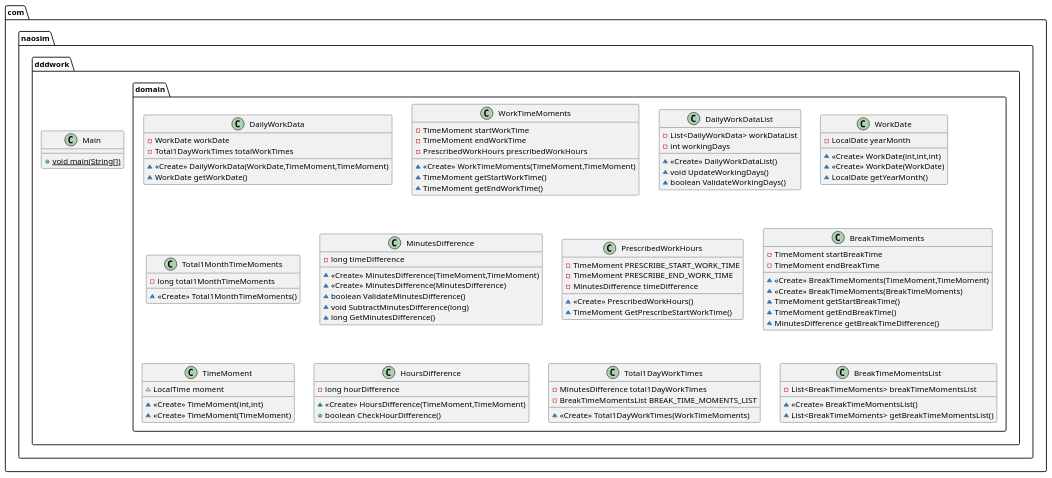
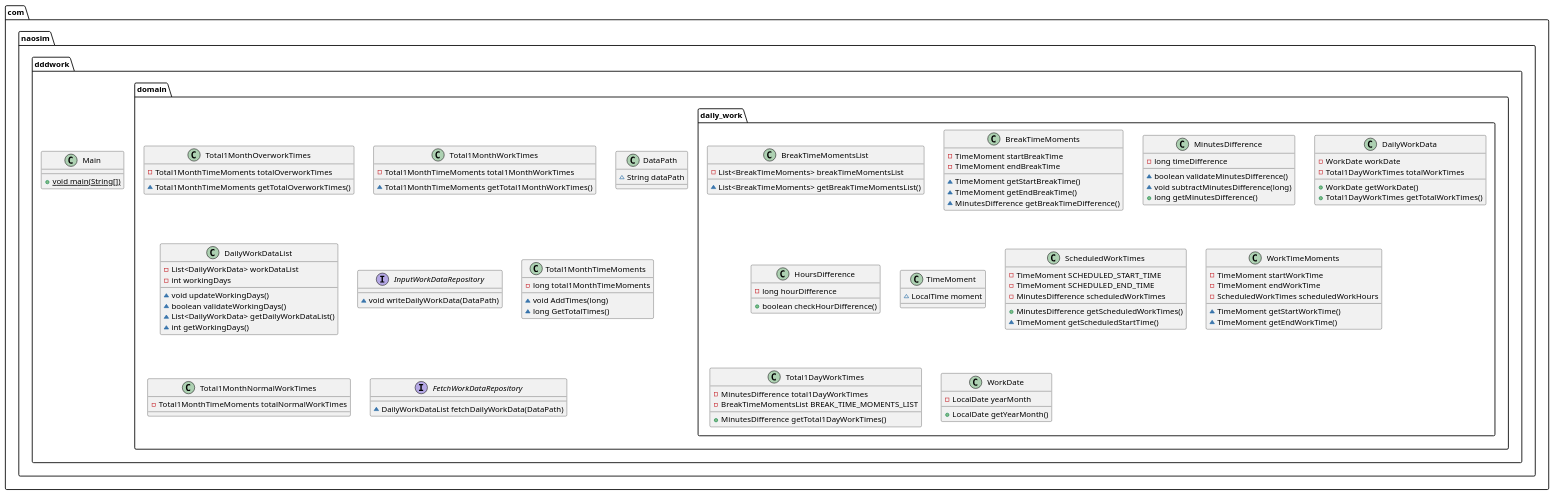
One commit to biglobe-isp/kintai changed the diagram in DomainModel.puml. Above: the diagram before and after it, drawn with PlantUML. The commit also changed 22 other files, not shown here.

```diff
--- a/DomainModel.puml
+++ b/DomainModel.puml
@@ -1,105 +1,123 @@
 @startuml
-class com.naosim.dddwork.domain.DailyWorkData {
-- WorkDate workDate
-- Total1DayWorkTimes totalWorkTimes
-~ <<Create>> DailyWorkData(WorkDate,TimeMoment,TimeMoment)
-~ WorkDate getWorkDate()
+class com.naosim.dddwork.domain.daily_work.BreakTimeMomentsList {
+- List<BreakTimeMoments> breakTimeMomentsList
+~ List<BreakTimeMoments> getBreakTimeMomentsList()
 }
 
 
-class com.naosim.dddwork.domain.WorkTimeMoments {
-- TimeMoment startWorkTime
-- TimeMoment endWorkTime
-- PrescribedWorkHours prescribedWorkHours
-~ <<Create>> WorkTimeMoments(TimeMoment,TimeMoment)
-~ TimeMoment getStartWorkTime()
-~ TimeMoment getEndWorkTime()
+class com.naosim.dddwork.domain.daily_work.BreakTimeMoments {
+- TimeMoment startBreakTime
+- TimeMoment endBreakTime
+~ TimeMoment getStartBreakTime()
+~ TimeMoment getEndBreakTime()
+~ MinutesDifference getBreakTimeDifference()
+}
+
+
+class com.naosim.dddwork.domain.Total1MonthOverworkTimes {
+- Total1MonthTimeMoments totalOverworkTimes
+~ Total1MonthTimeMoments getTotalOverworkTimes()
+}
+
+
+class com.naosim.dddwork.domain.Total1MonthWorkTimes {
+- Total1MonthTimeMoments total1MonthWorkTimes
+~ Total1MonthTimeMoments getTotal1MonthWorkTimes()
+}
+
+
+class com.naosim.dddwork.domain.daily_work.MinutesDifference {
+- long timeDifference
+~ boolean validateMinutesDifference()
+~ void subtractMinutesDifference(long)
++ long getMinutesDifference()
+}
+
+
+class com.naosim.dddwork.domain.DataPath {
+~ String dataPath
+}
+
+class com.naosim.dddwork.domain.daily_work.DailyWorkData {
+- WorkDate workDate
+- Total1DayWorkTimes totalWorkTimes
++ WorkDate getWorkDate()
++ Total1DayWorkTimes getTotalWorkTimes()
 }
 
 
 class com.naosim.dddwork.domain.DailyWorkDataList {
 - List<DailyWorkData> workDataList
 - int workingDays
-~ <<Create>> DailyWorkDataList()
-~ void UpdateWorkingDays()
-~ boolean ValidateWorkingDays()
+~ void updateWorkingDays()
+~ boolean validateWorkingDays()
+~ List<DailyWorkData> getDailyWorkDataList()
+~ int getWorkingDays()
 }
 
 
-class com.naosim.dddwork.domain.WorkDate {
-- LocalDate yearMonth
-~ <<Create>> WorkDate(int,int,int)
-~ <<Create>> WorkDate(WorkDate)
-~ LocalDate getYearMonth()
+interface com.naosim.dddwork.domain.InputWorkDataRepository {
+~ void writeDailyWorkData(DataPath)
+}
+
+class com.naosim.dddwork.domain.daily_work.HoursDifference {
+- long hourDifference
++ boolean checkHourDifference()
 }
 
 
 class com.naosim.dddwork.domain.Total1MonthTimeMoments {
 - long total1MonthTimeMoments
-~ <<Create>> Total1MonthTimeMoments()
+~ void AddTimes(long)
+~ long GetTotalTimes()
+}
+
+
+class com.naosim.dddwork.domain.daily_work.TimeMoment {
+~ LocalTime moment
+}
+
+class com.naosim.dddwork.domain.Total1MonthNormalWorkTimes {
+- Total1MonthTimeMoments totalNormalWorkTimes
+}
+
+class com.naosim.dddwork.domain.daily_work.ScheduledWorkTimes {
+- TimeMoment SCHEDULED_START_TIME
+- TimeMoment SCHEDULED_END_TIME
+- MinutesDifference scheduledWorkTimes
++ MinutesDifference getScheduledWorkTimes()
+~ TimeMoment getScheduledStartTime()
 }
 
 
 class com.naosim.dddwork.Main {
 + {static} void main(String[])
 }
 
-class com.naosim.dddwork.domain.MinutesDifference {
-- long timeDifference
-~ <<Create>> MinutesDifference(TimeMoment,TimeMoment)
-~ <<Create>> MinutesDifference(MinutesDifference)
-~ boolean ValidateMinutesDifference()
-~ void SubtractMinutesDifference(long)
-~ long GetMinutesDifference()
+class com.naosim.dddwork.domain.daily_work.WorkTimeMoments {
+- TimeMoment startWorkTime
+- TimeMoment endWorkTime
+- ScheduledWorkTimes scheduledWorkHours
+~ TimeMoment getStartWorkTime()
+~ TimeMoment getEndWorkTime()
 }
 
 
-class com.naosim.dddwork.domain.PrescribedWorkHours {
-- TimeMoment PRESCRIBE_START_WORK_TIME
-- TimeMoment PRESCRIBE_END_WORK_TIME
-- MinutesDifference timeDifference
-~ <<Create>> PrescribedWorkHours()
-~ TimeMoment GetPrescribeStartWorkTime()
+class com.naosim.dddwork.domain.daily_work.Total1DayWorkTimes {
+- MinutesDifference total1DayWorkTimes
+- BreakTimeMomentsList BREAK_TIME_MOMENTS_LIST
++ MinutesDifference getTotal1DayWorkTimes()
 }
 
 
-class com.naosim.dddwork.domain.BreakTimeMoments {
-- TimeMoment startBreakTime
-- TimeMoment endBreakTime
-~ <<Create>> BreakTimeMoments(TimeMoment,TimeMoment)
-~ <<Create>> BreakTimeMoments(BreakTimeMoments)
-~ TimeMoment getStartBreakTime()
-~ TimeMoment getEndBreakTime()
-~ MinutesDifference getBreakTimeDifference()
+interface com.naosim.dddwork.domain.FetchWorkDataRepository {
+~ DailyWorkDataList fetchDailyWorkData(DataPath)
 }
 
-
-class com.naosim.dddwork.domain.TimeMoment {
-~ LocalTime moment
-~ <<Create>> TimeMoment(int,int)
-~ <<Create>> TimeMoment(TimeMoment)
-}
-
-
-class com.naosim.dddwork.domain.HoursDifference {
-- long hourDifference
-~ <<Create>> HoursDifference(TimeMoment,TimeMoment)
-+ boolean CheckHourDifference()
-}
-
-
-class com.naosim.dddwork.domain.Total1DayWorkTimes {
-- MinutesDifference total1DayWorkTimes
-- BreakTimeMomentsList BREAK_TIME_MOMENTS_LIST
-~ <<Create>> Total1DayWorkTimes(WorkTimeMoments)
-}
-
-
-class com.naosim.dddwork.domain.BreakTimeMomentsList {
-- List<BreakTimeMoments> breakTimeMomentsList
-~ <<Create>> BreakTimeMomentsList()
-~ List<BreakTimeMoments> getBreakTimeMomentsList()
+class com.naosim.dddwork.domain.daily_work.WorkDate {
+- LocalDate yearMonth
++ LocalDate getYearMonth()
 }
 
 
 @enduml
```
